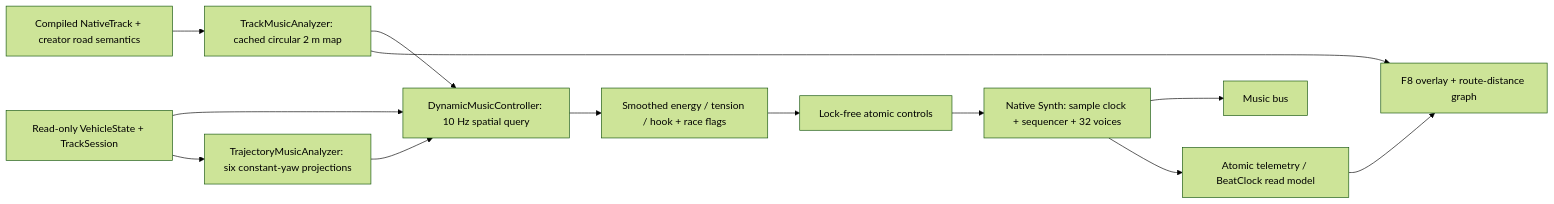
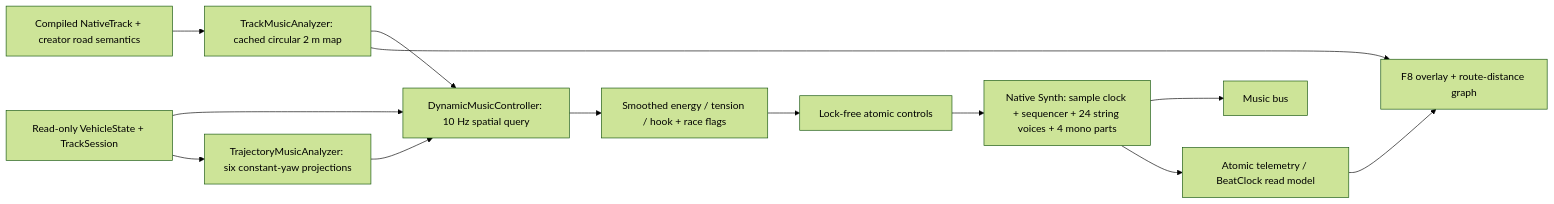
One commit to vmannari/beatmytrack changed the diagram in docs/PROCEDURAL_MUSIC.md. Above: the diagram before and after it, drawn with Mermaid (forest theme). The commit also changed other lines of this file and 40 other files, not shown here.

````diff
--- a/docs/PROCEDURAL_MUSIC.md
+++ b/docs/PROCEDURAL_MUSIC.md
@@ -24,15 +24,15 @@
 ```mermaid
 flowchart LR
     A[Compiled NativeTrack + creator road semantics] --> B[TrackMusicAnalyzer: cached circular 2 m map]
     B --> C[DynamicMusicController: 10 Hz spatial query]
     V[Read-only VehicleState + TrackSession] --> C
     V --> T[TrajectoryMusicAnalyzer: six constant-yaw projections]
     T --> C
     C --> S[Smoothed energy / tension / hook + race flags]
     S --> Q[Lock-free atomic controls]
-    Q --> N[Native Synth: sample clock + sequencer + 32 voices]
+    Q --> N[Native Synth: sample clock + sequencer + 24 string voices + 4 mono parts]
     N --> M[Music bus]
     N --> D[Atomic telemetry / BeatClock read model]
     D --> U[F8 overlay + route-distance graph]
     B --> U
 ```
````
